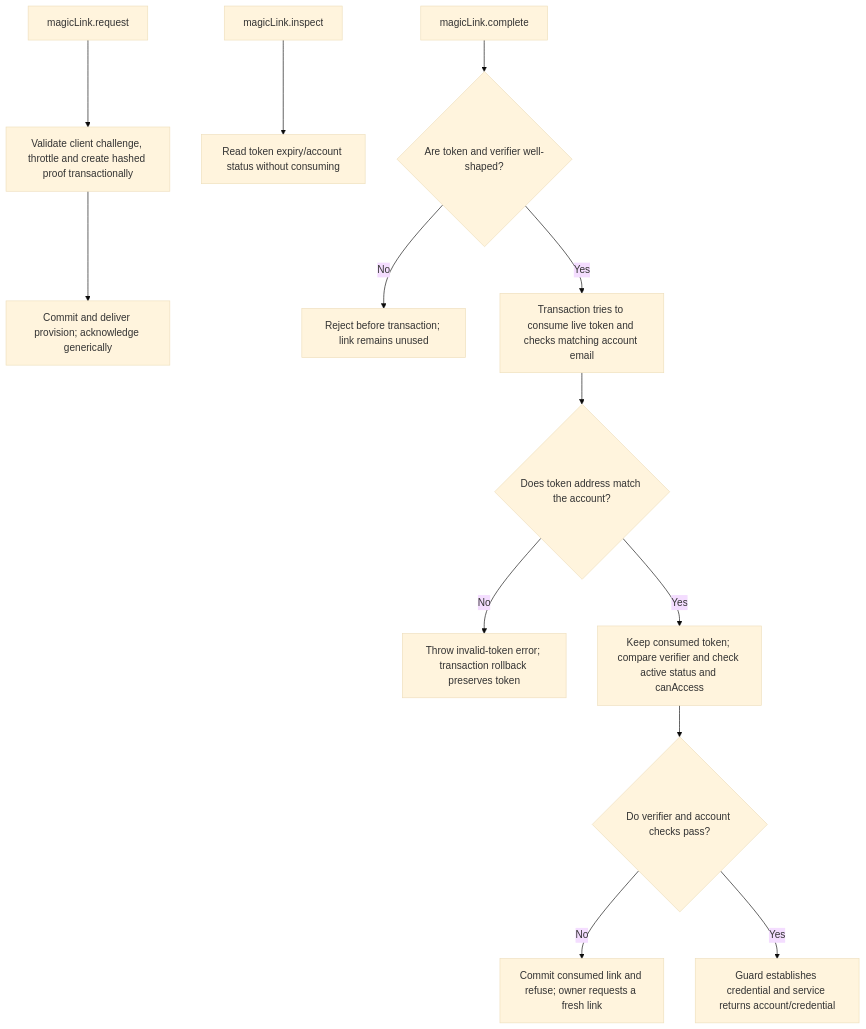
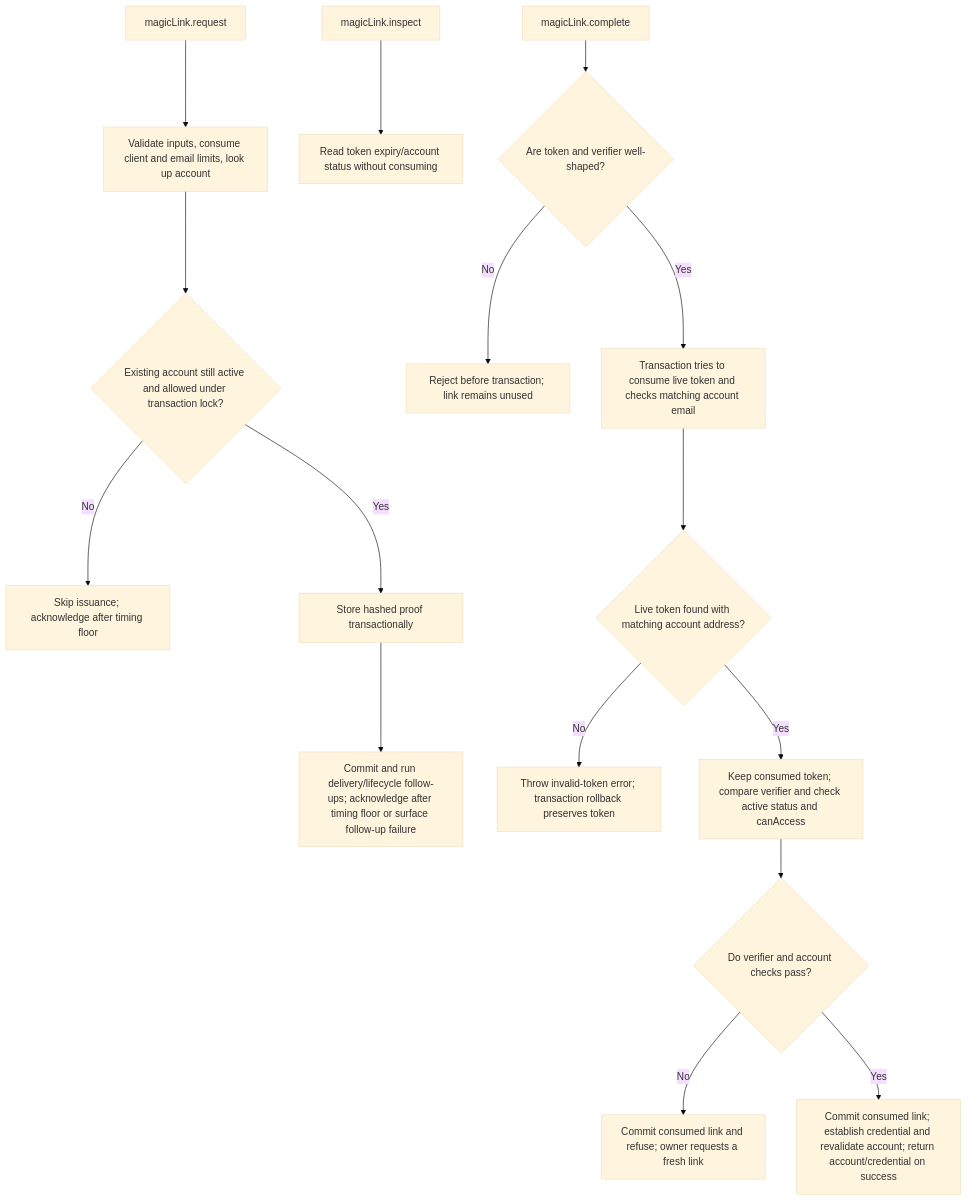
Before and after one commit to Kevinjohn/oss-adonisjs-account-kit: the second of 2 diagrams in user-stories/US-ACCOUNT-13-magic-link.md, drawn with Mermaid (base theme). The commit also changed 43 other files, not shown here.

````diff
--- a/user-stories/US-ACCOUNT-13-magic-link.md
+++ b/user-stories/US-ACCOUNT-13-magic-link.md
@@ -36,15 +36,18 @@
 ```mermaid
 flowchart TD
- A["magicLink.request"] --> B["Validate client challenge, throttle and create hashed proof transactionally"]
- B --> C["Commit and deliver provision; acknowledge generically"]
+ A["magicLink.request"] --> B["Validate inputs, consume client and email limits, look up account"]
+ B --> B1{"Existing account still active and allowed under transaction lock?"}
+ B1 -->|No| C1["Skip issuance; acknowledge after timing floor"]
+ B1 -->|Yes| B2["Store hashed proof transactionally"]
+ B2 --> C["Commit and run delivery/lifecycle follow-ups; acknowledge after timing floor or surface follow-up failure"]
  D["magicLink.inspect"] --> E["Read token expiry/account status without consuming"]
  F["magicLink.complete"] --> G{"Are token and verifier well-shaped?"}
  G -->|No| H["Reject before transaction; link remains unused"]
  G -->|Yes| I["Transaction tries to consume live token and checks matching account email"]
- I --> J{"Does token address match the account?"}
+ I --> J{"Live token found with matching account address?"}
  J -->|No| O["Throw invalid-token error; transaction rollback preserves token"]
  J -->|Yes| K["Keep consumed token; compare verifier and check active status and canAccess"]
  K --> L{"Do verifier and account checks pass?"}
  L -->|No| M["Commit consumed link and refuse; owner requests a fresh link"]
- L -->|Yes| N["Guard establishes credential and service returns account/credential"]
+ L -->|Yes| N["Commit consumed link; establish credential and revalidate account; return account/credential on success"]
 ```
````
